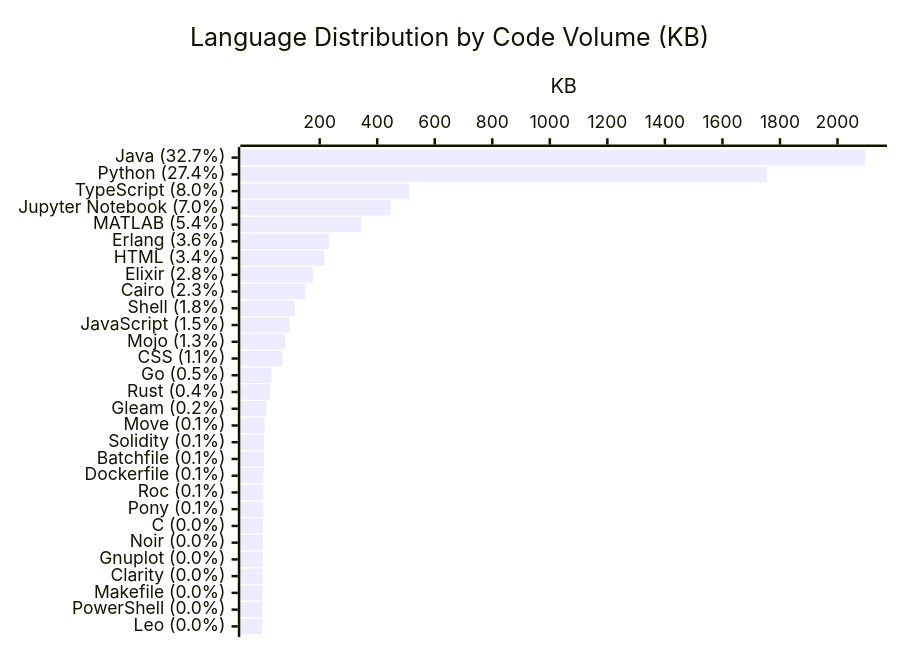
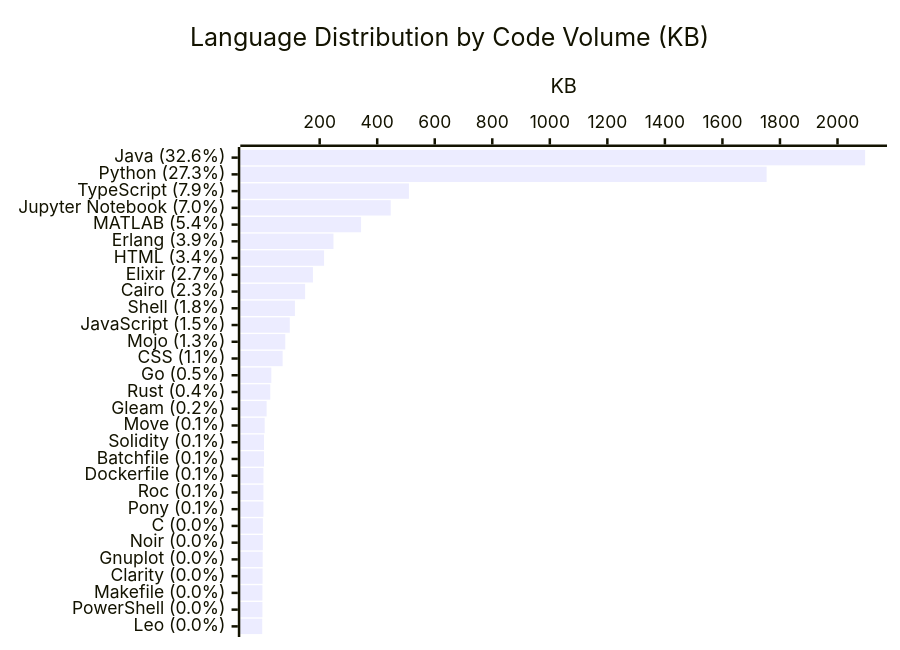
Before and after one commit to KathiraveluLab/.github: the diagram in profile/README.md, drawn with Mermaid. The commit also changed other lines of this file and 1 other file, not shown here.

````diff
--- a/profile/README.md
+++ b/profile/README.md
@@ -66,7 +66,7 @@
 ```mermaid
 xychart-beta horizontal
     title "Language Distribution by Code Volume (KB)"
-    x-axis ["Java (32.7%)", "Python (27.4%)", "TypeScript (8.0%)", "Jupyter Notebook (7.0%)", "MATLAB (5.4%)", "Erlang (3.6%)", "HTML (3.4%)", "Elixir (2.8%)", "Cairo (2.3%)", "Shell (1.8%)", "JavaScript (1.5%)", "Mojo (1.3%)", "CSS (1.1%)", "Go (0.5%)", "Rust (0.4%)", "Gleam (0.2%)", "Move (0.1%)", "Solidity (0.1%)", "Batchfile (0.1%)", "Dockerfile (0.1%)", "Roc (0.1%)", "Pony (0.1%)", "C (0.0%)", "Noir (0.0%)", "Gnuplot (0.0%)", "Clarity (0.0%)", "Makefile (0.0%)", "PowerShell (0.0%)", "Leo (0.0%)"]
+    x-axis ["Java (32.6%)", "Python (27.3%)", "TypeScript (7.9%)", "Jupyter Notebook (7.0%)", "MATLAB (5.4%)", "Erlang (3.9%)", "HTML (3.4%)", "Elixir (2.7%)", "Cairo (2.3%)", "Shell (1.8%)", "JavaScript (1.5%)", "Mojo (1.3%)", "CSS (1.1%)", "Go (0.5%)", "Rust (0.4%)", "Gleam (0.2%)", "Move (0.1%)", "Solidity (0.1%)", "Batchfile (0.1%)", "Dockerfile (0.1%)", "Roc (0.1%)", "Pony (0.1%)", "C (0.0%)", "Noir (0.0%)", "Gnuplot (0.0%)", "Clarity (0.0%)", "Makefile (0.0%)", "PowerShell (0.0%)", "Leo (0.0%)"]
     y-axis "KB"
-    bar [2095.91, 1753.68, 510.29, 446.91, 343.93, 232.36, 215.34, 176.6, 149.42, 114.03, 96.07, 80.48, 71.2, 32.03, 28.25, 15.66, 8.83, 6.65, 6.48, 4.63, 4.5, 4.41, 2.58, 2.46, 1.82, 1.53, 1.02, 1.02, 0.26]
+    bar [2095.91, 1753.68, 510.29, 446.91, 343.93, 248.01, 215.34, 176.6, 149.42, 114.03, 96.07, 80.48, 71.2, 32.03, 28.25, 15.66, 8.83, 6.65, 6.48, 4.63, 4.5, 4.41, 2.58, 2.46, 1.82, 1.53, 1.02, 1.02, 0.26]
 ```
````
